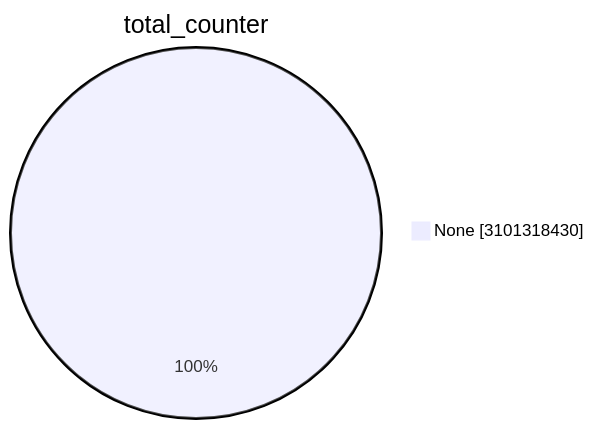
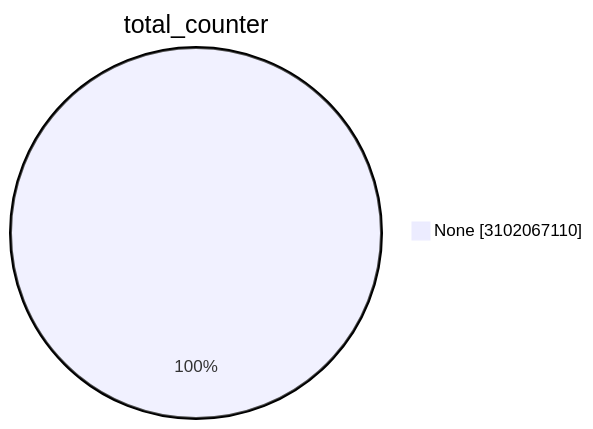
Before and after one commit to christiankrug/ctmonitor_visualization: the first of 15 diagrams in TOTAL/README.md, drawn with Mermaid. The commit also changed other lines of this file, not shown here.

````diff
--- a/TOTAL/README.md
+++ b/TOTAL/README.md
@@ -1,5 +1,5 @@
 ```mermaid
 pie showData
 title total_counter
-"None" :3101318430
+"None" :3102067110
 ```
````
